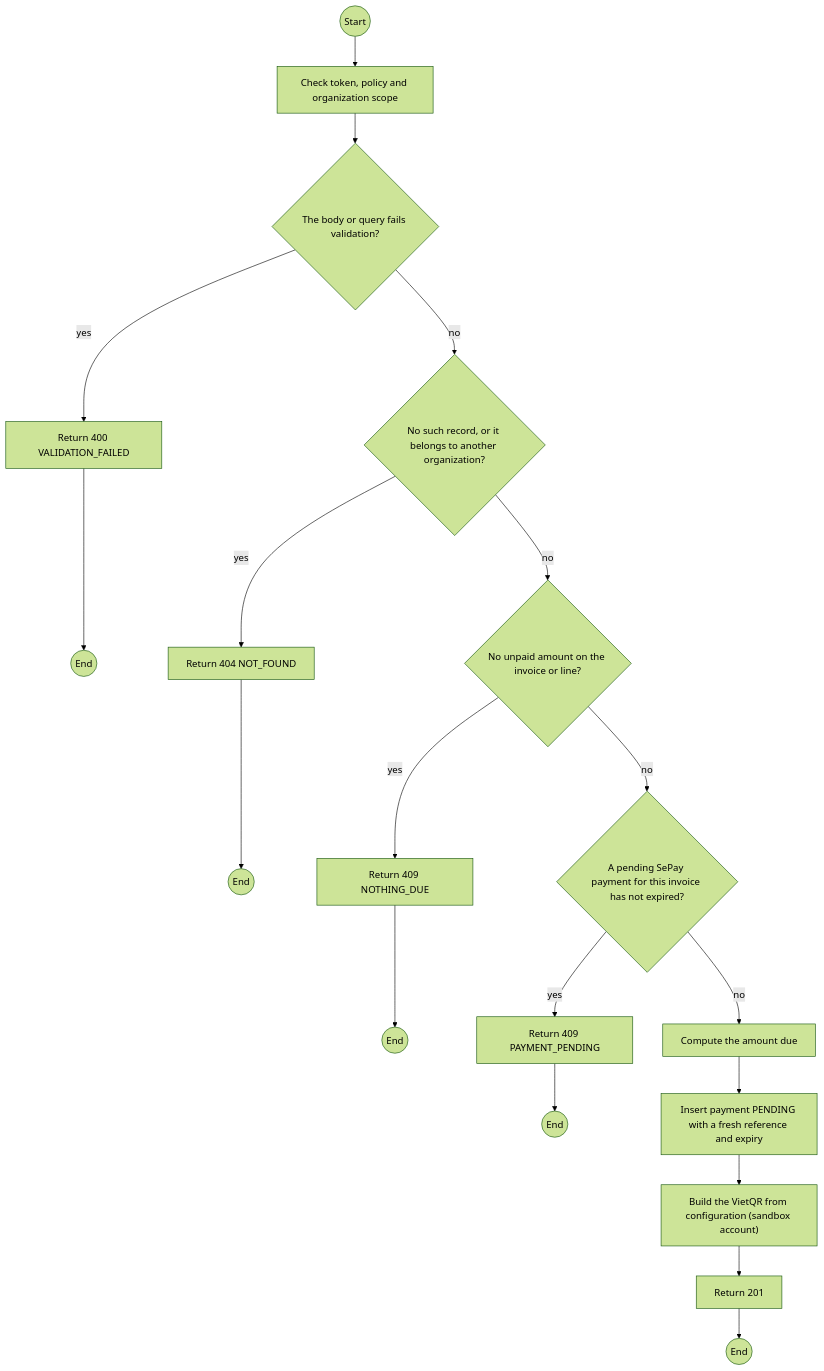
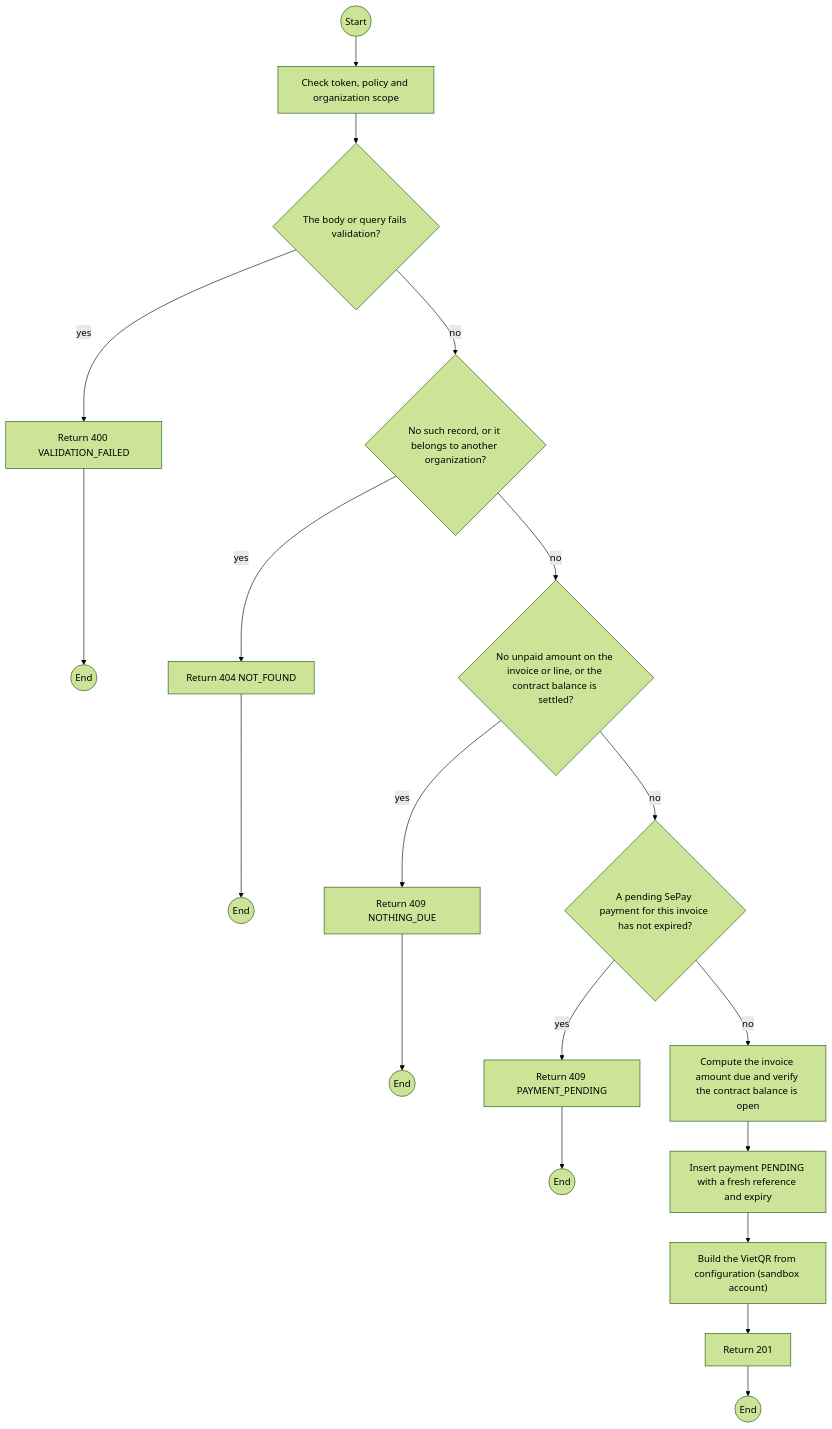
The first of 2 diagrams in specs/billing/api-design/11-post-invoices-id-payments-sepay.md (TrekLink-Team/treklink-web), drawn with Mermaid (forest theme) before and after one commit. The commit also changed other lines of this file and 16 other files, not shown here.

````diff
--- a/specs/billing/api-design/11-post-invoices-id-payments-sepay.md
+++ b/specs/billing/api-design/11-post-invoices-id-payments-sepay.md
@@ -179,35 +179,35 @@
 ```mermaid
 flowchart TB
     S((Start))
     A0["Check token, policy and organization scope"]
     S --> A0
     D1{"The body or query fails validation?"}
     A0 --> D1
     E1["Return 400 VALIDATION_FAILED"]
     D1 -->|yes| E1
     E1 --> X1((End))
     D2{"No such record, or it belongs to another organization?"}
     D1 -->|no| D2
     E2["Return 404 NOT_FOUND"]
     D2 -->|yes| E2
     E2 --> X2((End))
-    D3{"No unpaid amount on the invoice or line?"}
+    D3{"No unpaid amount on the invoice or line, or the contract balance is settled?"}
     D2 -->|no| D3
     E3["Return 409 NOTHING_DUE"]
     D3 -->|yes| E3
     E3 --> X3((End))
     D4{"A pending SePay payment for this invoice has not expired?"}
     D3 -->|no| D4
     E4["Return 409 PAYMENT_PENDING"]
     D4 -->|yes| E4
     E4 --> X4((End))
-    P0["Compute the amount due"]
+    P0["Compute the invoice amount due and verify the contract balance is open"]
     D4 -->|no| P0
     P1["Insert payment PENDING with a fresh reference and expiry"]
     P0 --> P1
     P2["Build the VietQR from configuration (sandbox account)"]
     P1 --> P2
     OK["Return 201"]
     P2 --> OK
     OK --> Z((End))
 ```
````
